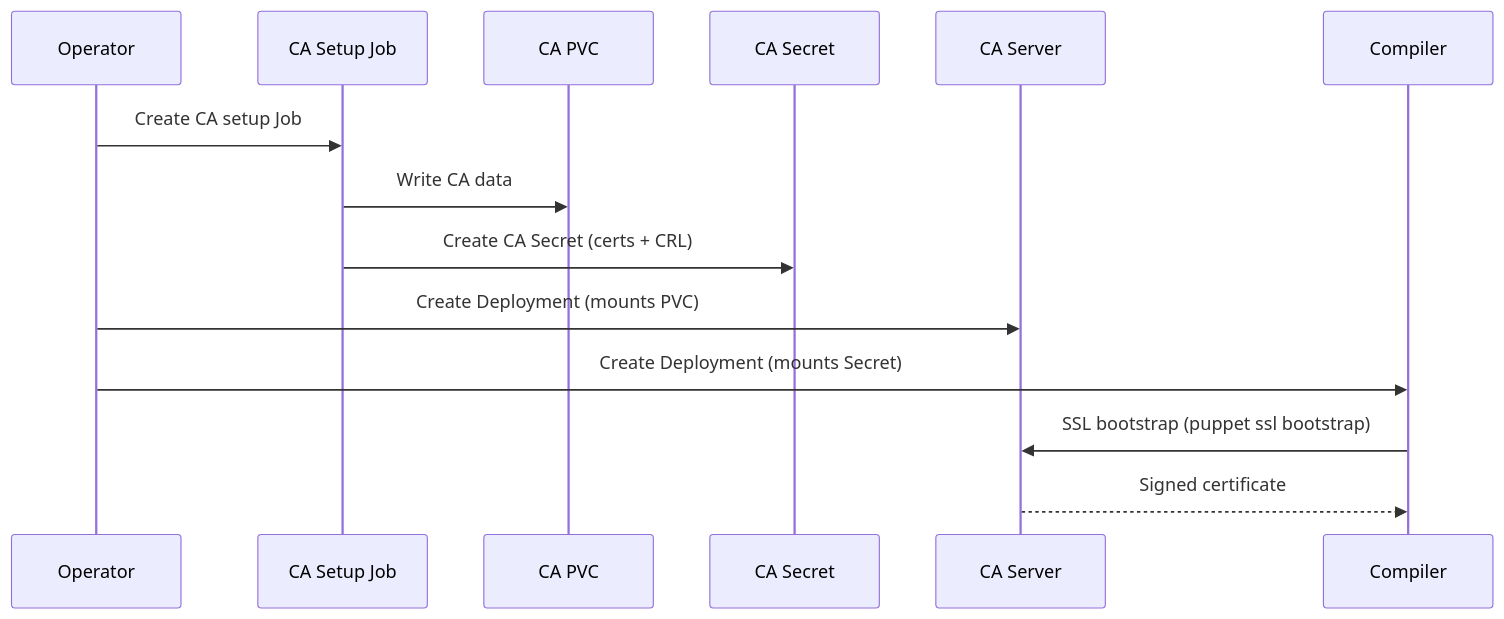
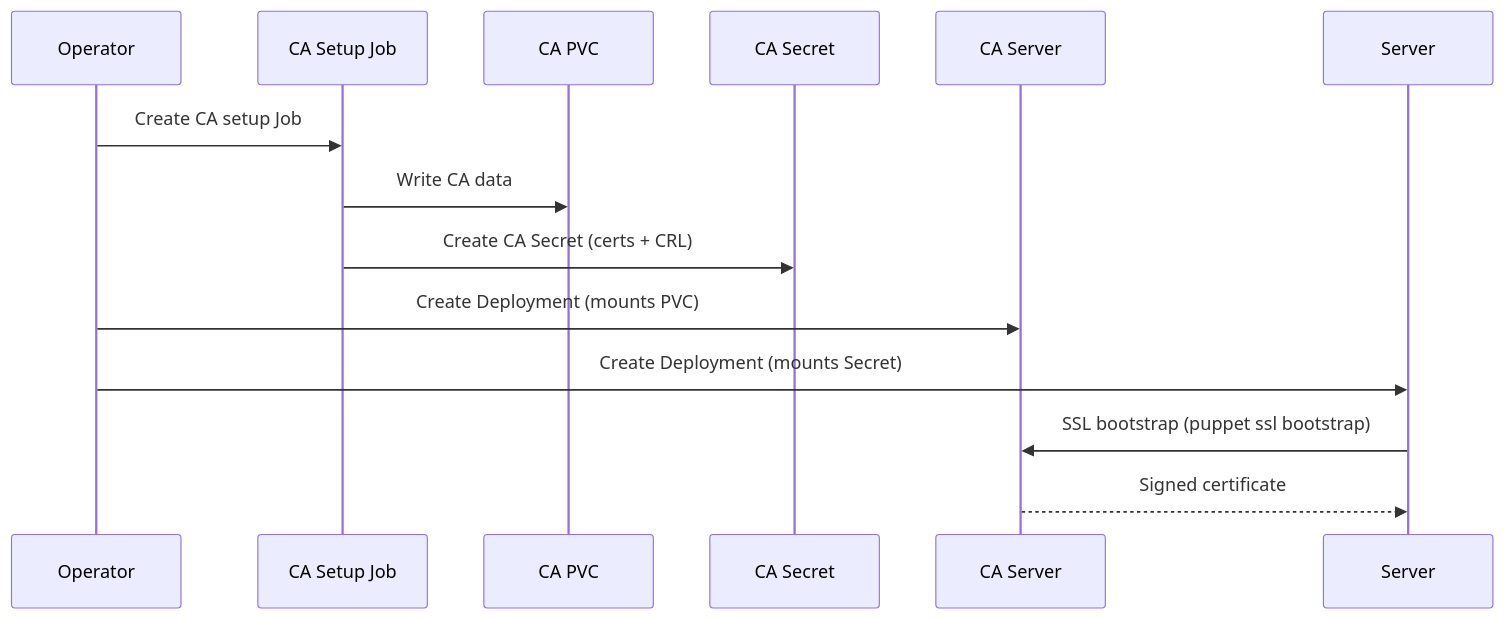
One commit to slauger/openvox-operator changed the diagram in docs/concepts/architecture.md. Above: the diagram before and after it, drawn with Mermaid. The commit also changed other lines of this file and 7 other files, not shown here.

````diff
--- a/docs/concepts/architecture.md
+++ b/docs/concepts/architecture.md
@@ -32,17 +32,17 @@
 ```mermaid
 sequenceDiagram
     participant Op as Operator
     participant Job as CA Setup Job
     participant PVC as CA PVC
     participant Secret as CA Secret
     participant CA as CA Server
-    participant Comp as Compiler
+    participant Srv as Server
 
     Op->>Job: Create CA setup Job
     Job->>PVC: Write CA data
     Job->>Secret: Create CA Secret (certs + CRL)
     Op->>CA: Create Deployment (mounts PVC)
-    Op->>Comp: Create Deployment (mounts Secret)
-    Comp->>CA: SSL bootstrap (puppet ssl bootstrap)
-    CA-->>Comp: Signed certificate
+    Op->>Srv: Create Deployment (mounts Secret)
+    Srv->>CA: SSL bootstrap (puppet ssl bootstrap)
+    CA-->>Srv: Signed certificate
 ```
````
